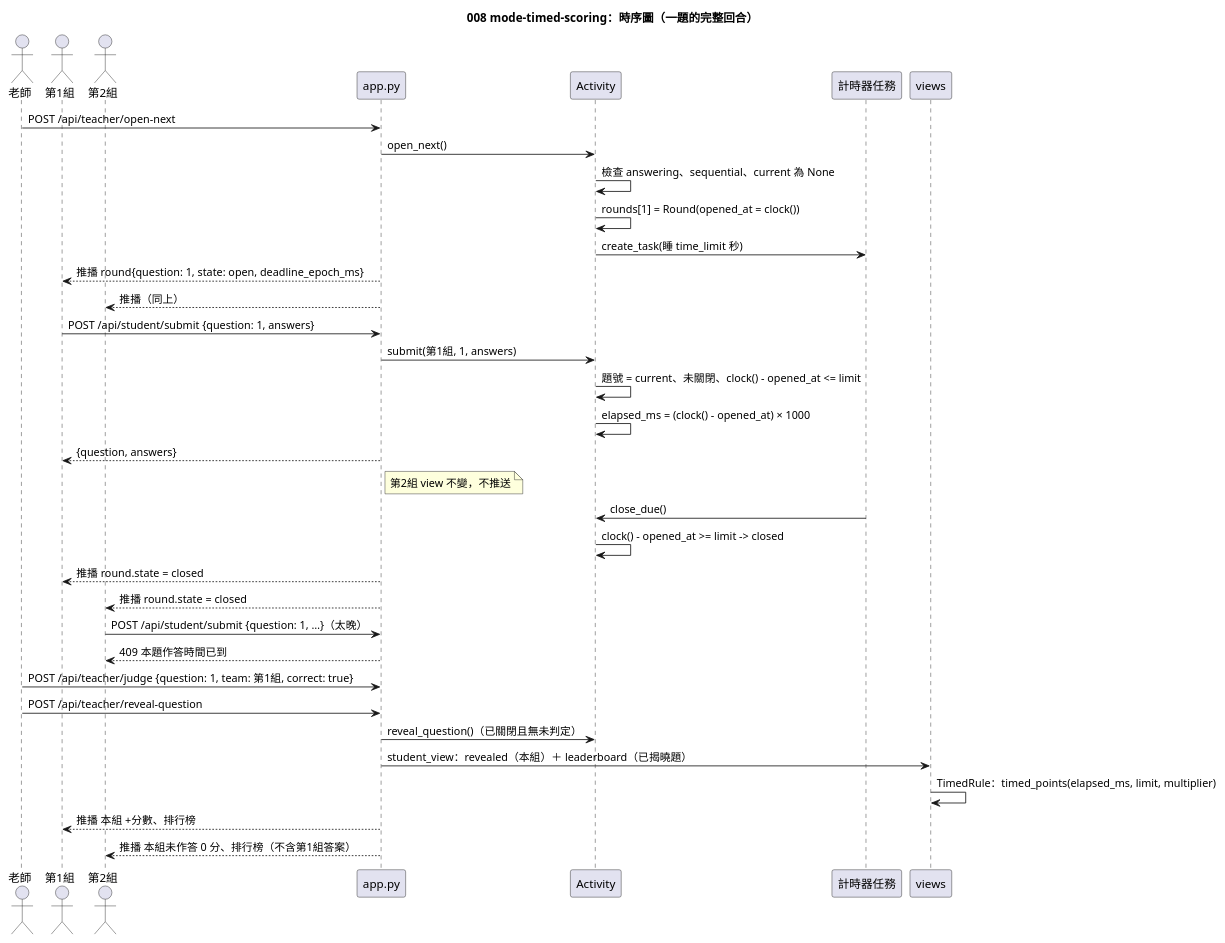
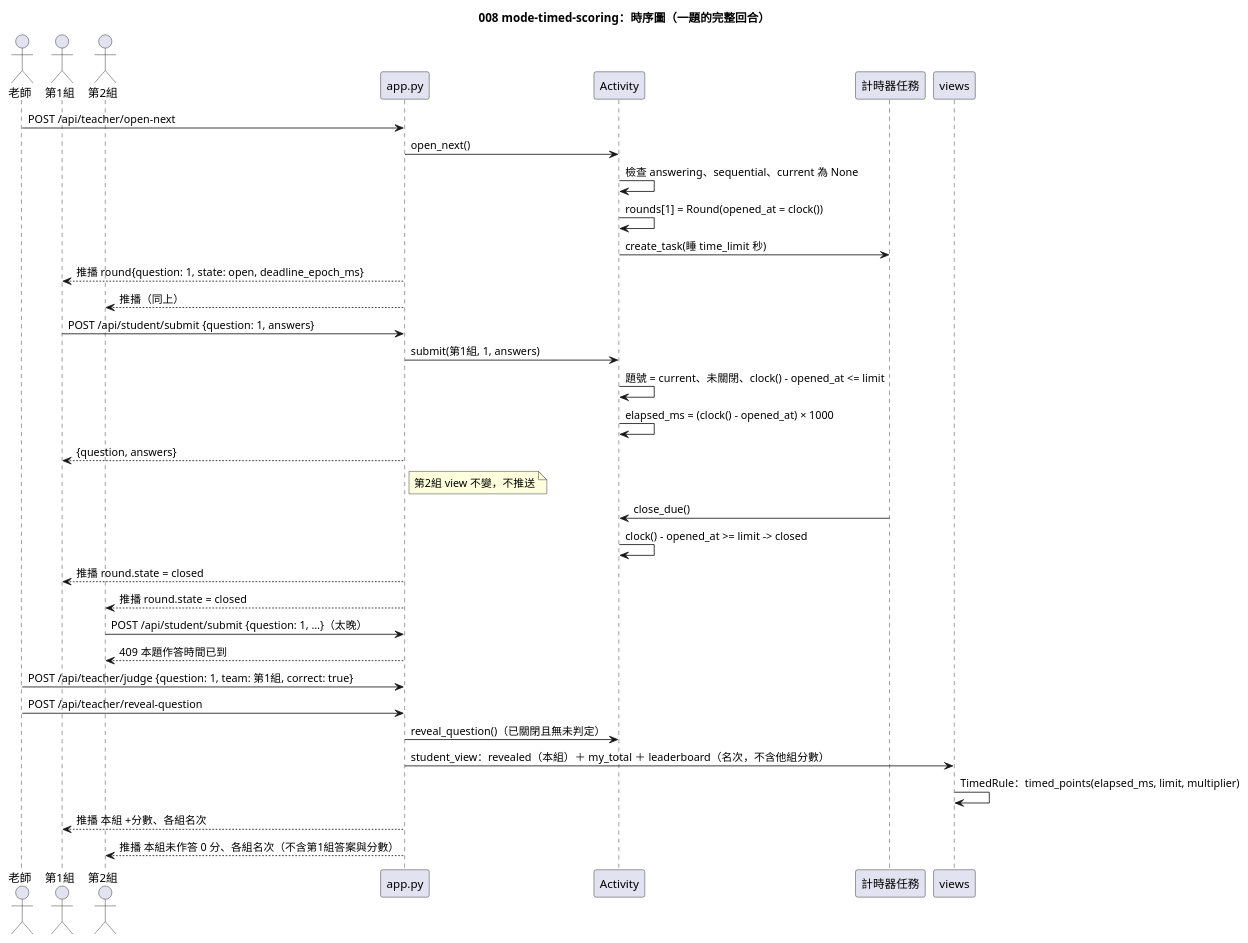
The diagram in diagrams/008-mode-timed-scoring-sequence.puml (yue083139/software_fin-speckit), drawn with PlantUML before and after one commit. The commit also changed 11 other files, not shown here.

Commit message:
docs(specs): 008 規格與圖表 v1.1（提案輪評審） [CORE]

```diff
--- a/diagrams/008-mode-timed-scoring-sequence.puml
+++ b/diagrams/008-mode-timed-scoring-sequence.puml
@@ -1,42 +1,42 @@
 @startuml 008-mode-timed-scoring-sequence
 title 008 mode-timed-scoring：時序圖（一題的完整回合）
 
 actor "老師" as T
 actor "第1組" as A
 actor "第2組" as B
 participant "app.py" as App
 participant "Activity" as Act
 participant "計時器任務" as Timer
 participant "views" as V
 
 T -> App : POST /api/teacher/open-next
 App -> Act : open_next()
 Act -> Act : 檢查 answering、sequential、current 為 None
 Act -> Act : rounds[1] = Round(opened_at = clock())
 Act -> Timer : create_task(睡 time_limit 秒)
 App --> A : 推播 round{question: 1, state: open, deadline_epoch_ms}
 App --> B : 推播（同上）
 
 A -> App : POST /api/student/submit {question: 1, answers}
 App -> Act : submit(第1組, 1, answers)
 Act -> Act : 題號 = current、未關閉、clock() - opened_at <= limit
 Act -> Act : elapsed_ms = (clock() - opened_at) × 1000
 App --> A : {question, answers}
 note right of App : 第2組 view 不變，不推送
 
 Timer -> Act : close_due()
 Act -> Act : clock() - opened_at >= limit -> closed
 App --> A : 推播 round.state = closed
 App --> B : 推播 round.state = closed
 
 B -> App : POST /api/student/submit {question: 1, …}（太晚）
 App --> B : 409 本題作答時間已到
 
 T -> App : POST /api/teacher/judge {question: 1, team: 第1組, correct: true}
 T -> App : POST /api/teacher/reveal-question
 App -> Act : reveal_question()（已關閉且無未判定）
-App -> V : student_view：revealed（本組）＋ leaderboard（已揭曉題）
+App -> V : student_view：revealed（本組）＋ my_total ＋ leaderboard（名次，不含他組分數）
 V -> V : TimedRule：timed_points(elapsed_ms, limit, multiplier)
-App --> A : 推播 本組 +分數、排行榜
-App --> B : 推播 本組未作答 0 分、排行榜（不含第1組答案）
+App --> A : 推播 本組 +分數、各組名次
+App --> B : 推播 本組未作答 0 分、各組名次（不含第1組答案與分數）
 @enduml
```
